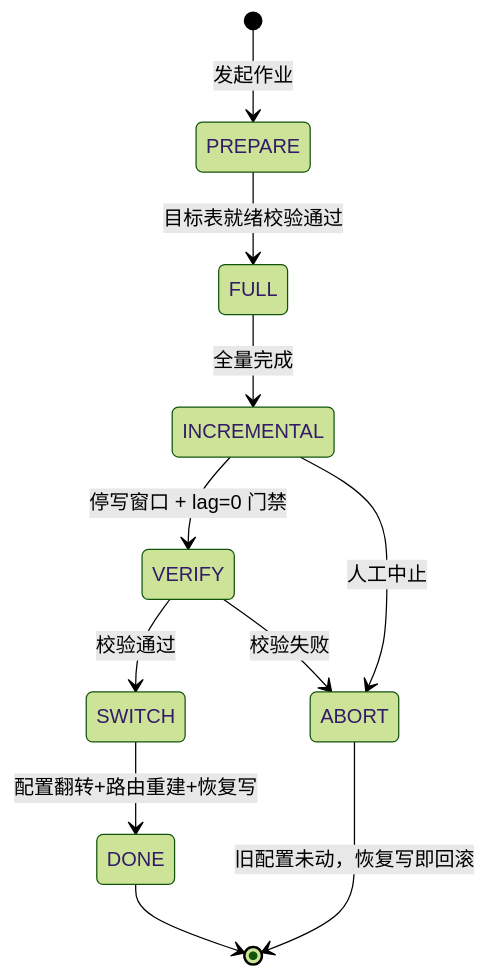
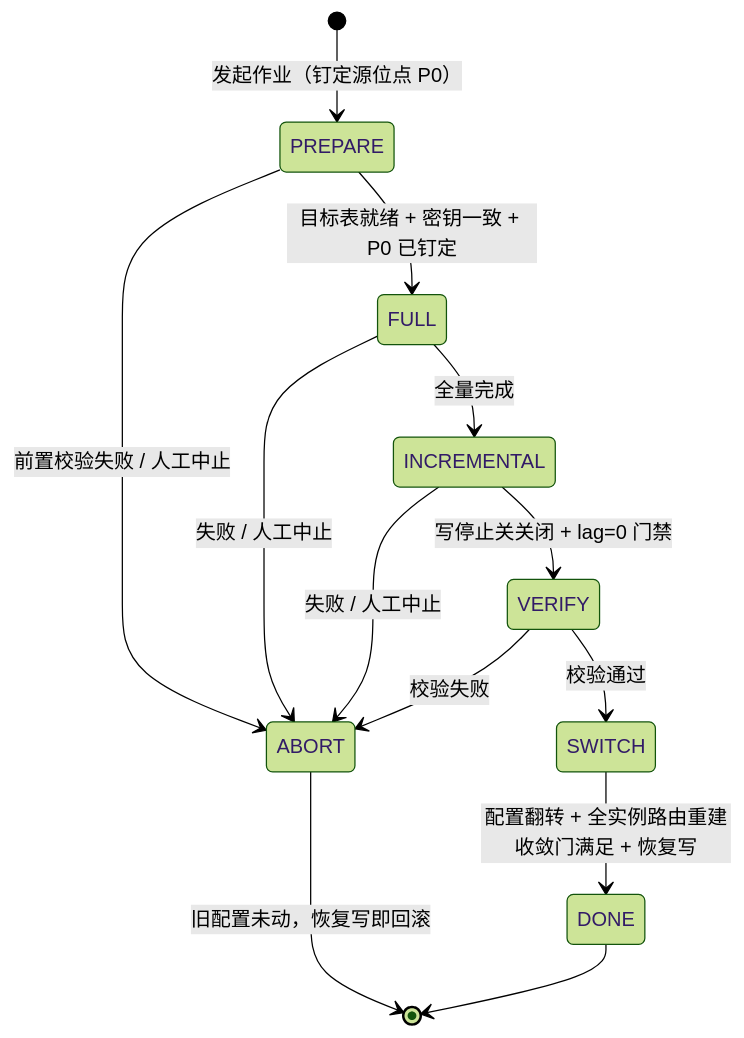
The first of 2 diagrams in ai-dev/design/nop-orm-data-migration-pipeline-design.md (entropy-cloud/nop-entropy), drawn with Mermaid (forest theme) before and after one commit. The commit also changed other lines of this file, not shown here.

````diff
--- a/ai-dev/design/nop-orm-data-migration-pipeline-design.md
+++ b/ai-dev/design/nop-orm-data-migration-pipeline-design.md
@@ -61,13 +67,15 @@
 ```mermaid
 stateDiagram-v2
-    [*] --> PREPARE: 发起作业
-    PREPARE --> FULL: 目标表就绪校验通过
+    [*] --> PREPARE: 发起作业（钉定源位点 P0）
+    PREPARE --> FULL: 目标表就绪 + 密钥一致 + P0 已钉定
+    PREPARE --> ABORT: 前置校验失败 / 人工中止
     FULL --> INCREMENTAL: 全量完成
-    INCREMENTAL --> VERIFY: 停写窗口 + lag=0 门禁
+    FULL --> ABORT: 失败 / 人工中止
+    INCREMENTAL --> VERIFY: 写停止关关闭 + lag=0 门禁
+    INCREMENTAL --> ABORT: 失败 / 人工中止
     VERIFY --> SWITCH: 校验通过
     VERIFY --> ABORT: 校验失败
-    INCREMENTAL --> ABORT: 人工中止
-    SWITCH --> DONE: 配置翻转+路由重建+恢复写
+    SWITCH --> DONE: 配置翻转 + 全实例路由重建收敛门满足 + 恢复写
     ABORT --> [*]: 旧配置未动，恢复写即回滚
     DONE --> [*]
 ```
````
